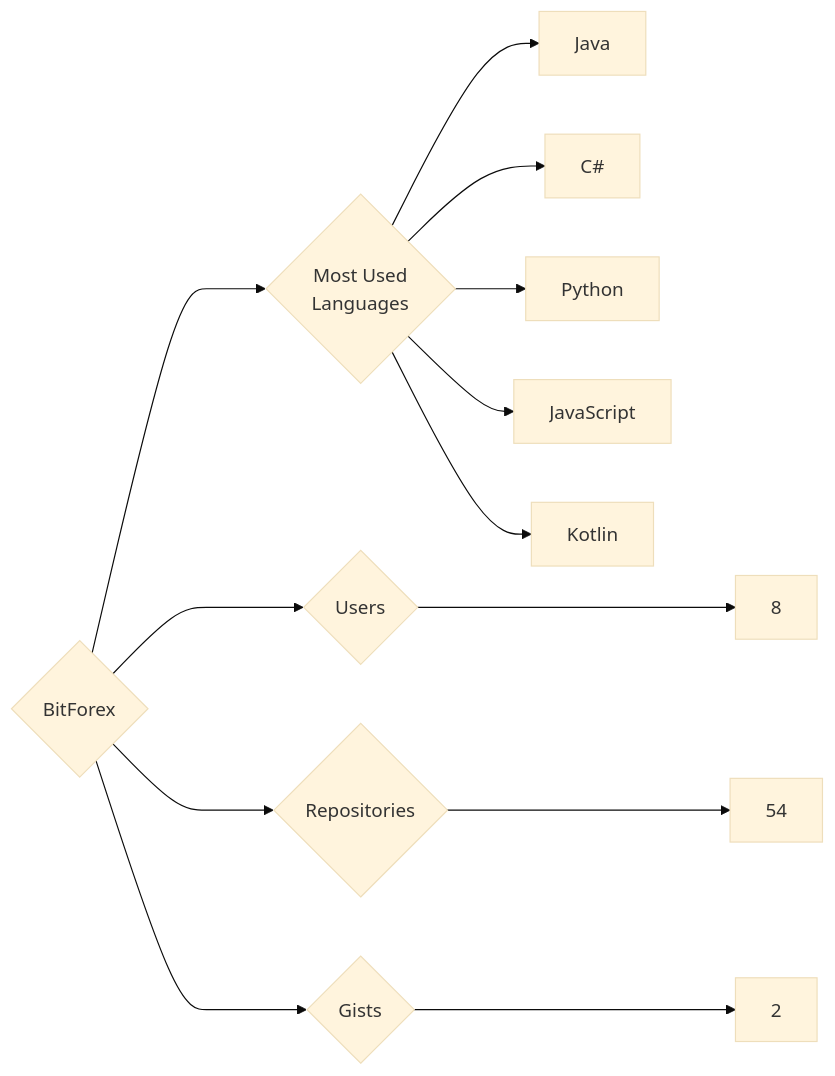
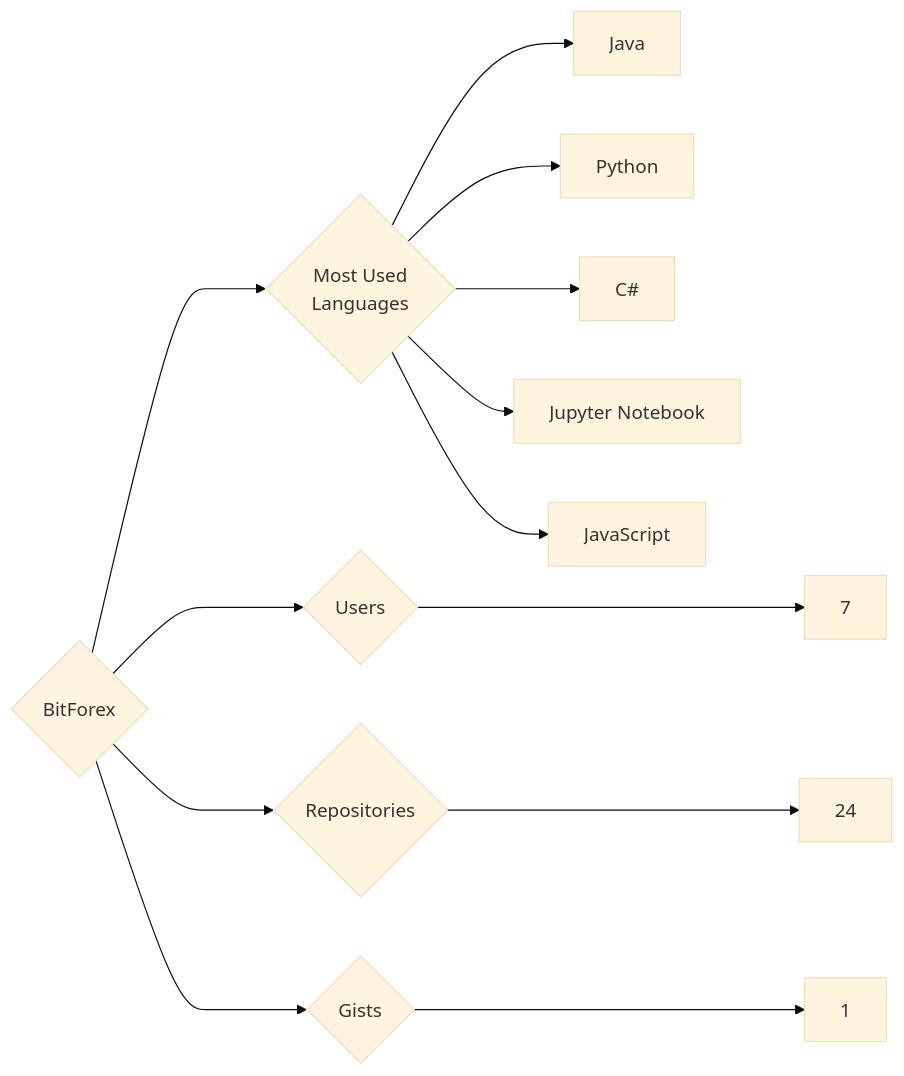
The diagram in targets/BitForex/README.md (trickest/insiders), drawn with Mermaid (base theme) before and after one commit. The commit also changed 1148 other files, not shown here.

````diff
--- a/targets/BitForex/README.md
+++ b/targets/BitForex/README.md
@@ -3,13 +3,13 @@
 ```mermaid
 graph LR
 COMPANY_NAME{BitForex}
-COMPANY_NAME ---> U{Users} ---> UN[8]
-COMPANY_NAME ---> R{Repositories} ---> RN[54]
-COMPANY_NAME ---> G{Gists} ---> GN[2]
+COMPANY_NAME ---> U{Users} ---> UN[7]
+COMPANY_NAME ---> R{Repositories} ---> RN[24]
+COMPANY_NAME ---> G{Gists} ---> GN[1]
 COMPANY_NAME ---> ML{Most Used<br>Languages}
 ML --> Java[Java]
+ML --> Python[Python]
 ML --> C#[C#]
-ML --> Python[Python]
+ML --> Jupyter_Notebook[Jupyter Notebook]
 ML --> JavaScript[JavaScript]
-ML --> Kotlin[Kotlin]
 ```
````
